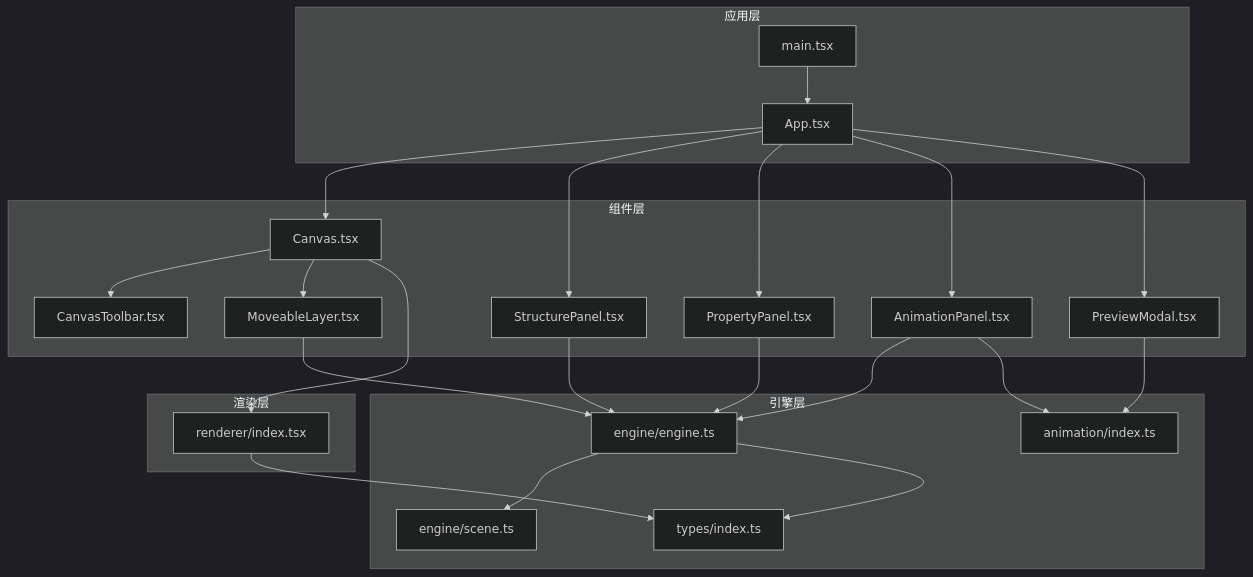
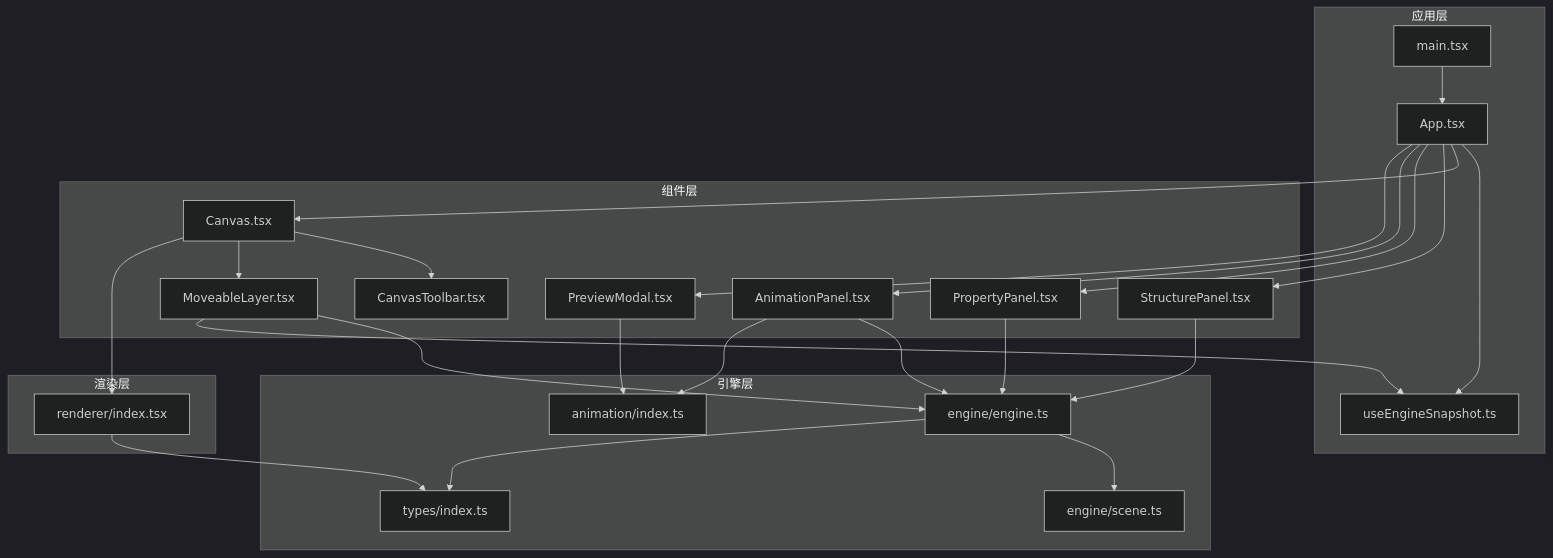
Before and after one commit to Anna0314zy/ai_editor_enginer: the first of 5 diagrams in .qoder/repowiki/zh/content/UI组件系统/UI组件系统.md, drawn with Mermaid (dark theme). The commit also changed other lines of this file and 7 other files, not shown here.

````diff
--- a/.qoder/repowiki/zh/content/UI组件系统/UI组件系统.md
+++ b/.qoder/repowiki/zh/content/UI组件系统/UI组件系统.md
@@ -45,43 +55,46 @@
 ```mermaid
 graph TB
 subgraph "应用层"
 APP["App.tsx"]
 MAIN["main.tsx"]
+ENDHOOK["useEngineSnapshot.ts"]
 end
 subgraph "组件层"
 CANVAS["Canvas.tsx"]
 TOOLBAR["CanvasToolbar.tsx"]
 STRUCT["StructurePanel.tsx"]
 PROPS["PropertyPanel.tsx"]
 ANIM["AnimationPanel.tsx"]
 MOVE["MoveableLayer.tsx"]
 PREVIEW["PreviewModal.tsx"]
 end
 subgraph "渲染层"
 RENDERER["renderer/index.tsx"]
 end
 subgraph "引擎层"
 ENGINE["engine/engine.ts"]
 SCENE["engine/scene.ts"]
 TYPES["types/index.ts"]
 ANIM_MOD["animation/index.ts"]
 end
 MAIN --> APP
+APP --> ENDHOOK
 APP --> CANVAS
 APP --> STRUCT
 APP --> PROPS
 APP --> ANIM
 APP --> PREVIEW
 CANVAS --> TOOLBAR
 CANVAS --> MOVE
 CANVAS --> RENDERER
 STRUCT --> ENGINE
 PROPS --> ENGINE
 ANIM --> ENGINE
 ANIM --> ANIM_MOD
 MOVE --> ENGINE
+MOVE --> ENDHOOK
 PREVIEW --> ANIM_MOD
 ENGINE --> SCENE
 ENGINE --> TYPES
 RENDERER --> TYPES
 ```
````
